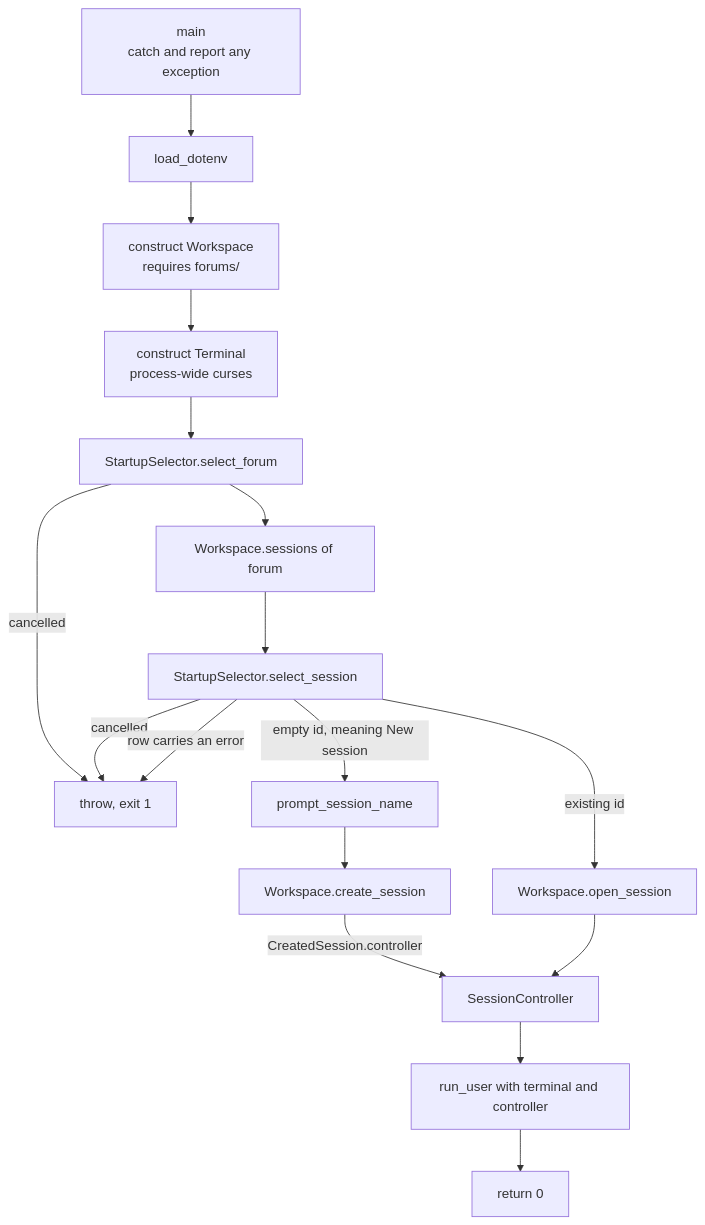
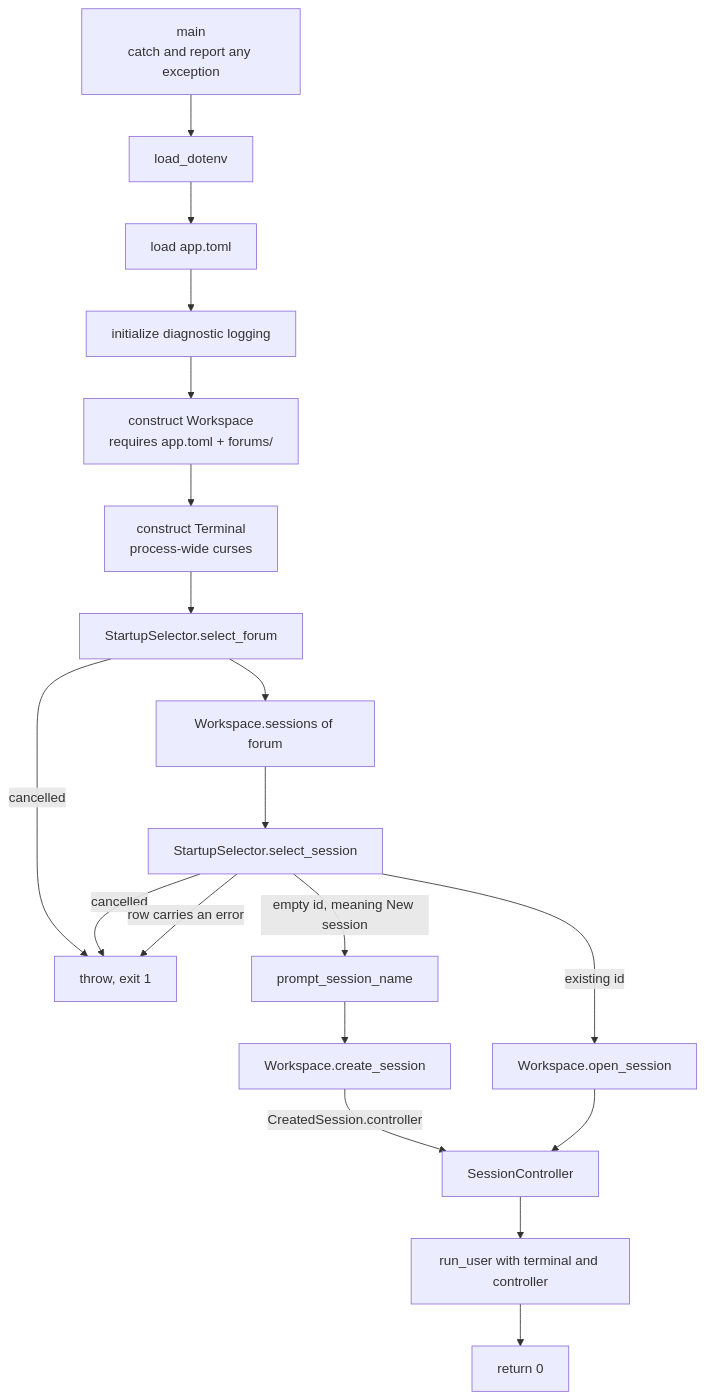
The diagram in src/apps/README.md (michaelpopov/cha), drawn with Mermaid before and after one commit. The commit also changed 38 other files, not shown here.

````diff
--- a/src/apps/README.md
+++ b/src/apps/README.md
@@ -17,19 +17,21 @@
 ```mermaid
 flowchart TD
     a["main<br/>catch and report any exception"] --> b["load_dotenv"]
-    b --> c["construct Workspace<br/>requires forums/"]
+    b --> config["load app.toml"]
+    config --> log["initialize diagnostic logging"]
+    log --> c["construct Workspace<br/>requires app.toml + forums/"]
     c --> d["construct Terminal<br/>process-wide curses"]
     d --> e["StartupSelector.select_forum"]
     e -->|"cancelled"| x["throw, exit 1"]
     e --> f["Workspace.sessions of forum"]
     f --> g["StartupSelector.select_session"]
     g -->|"cancelled"| x
     g -->|"row carries an error"| x
     g -->|"empty id, meaning New session"| h["prompt_session_name"]
     h --> i["Workspace.create_session"]
     g -->|"existing id"| j["Workspace.open_session"]
     i -->|"CreatedSession.controller"| k["SessionController"]
     j --> k
     k --> l["run_user with terminal and controller"]
     l --> m["return 0"]
 ```
````
